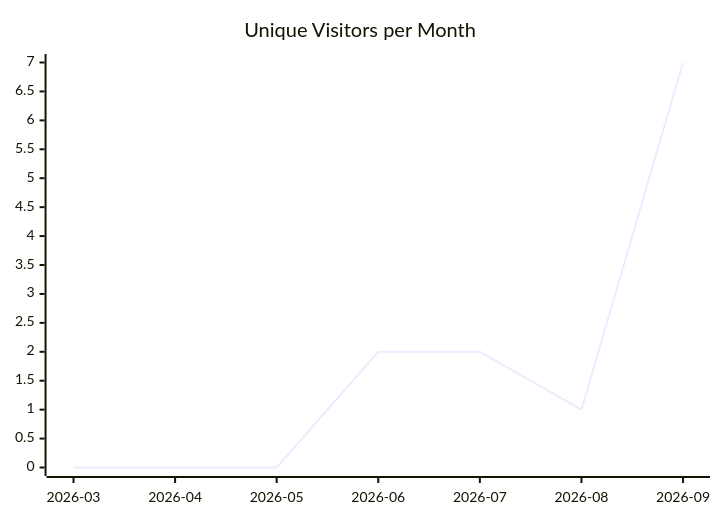
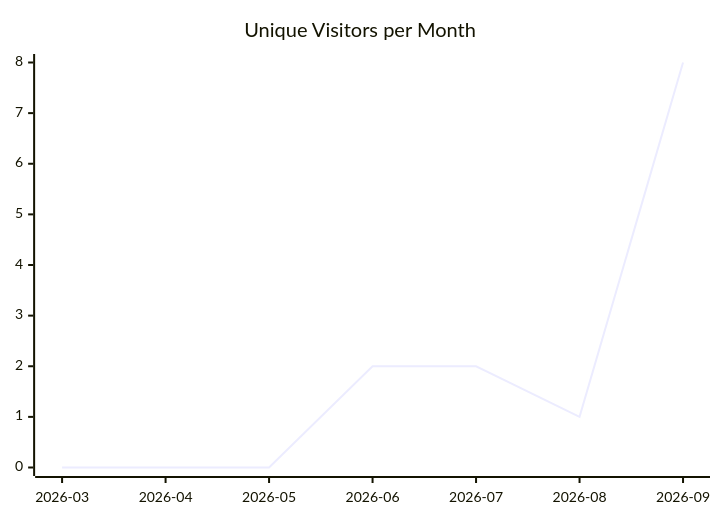
The first of 3 diagrams in karlmdavis/dotfiles/README.md (justdavis-family/github-analytics-data), drawn with Mermaid before and after one commit. The commit also changed other lines of this file and 198 other files, not shown here.

````diff
--- a/karlmdavis/dotfiles/README.md
+++ b/karlmdavis/dotfiles/README.md
@@ -5,6 +5,6 @@
 ```mermaid
 xychart-beta
   title "Unique Visitors per Month"
   x-axis ["2026-03", "2026-04", "2026-05", "2026-06", "2026-07", "2026-08", "2026-09"]
-  line [0, 0, 0, 2, 2, 1, 7]
+  line [0, 0, 0, 2, 2, 1, 8]
 ```
````
